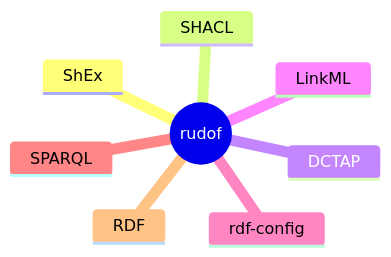
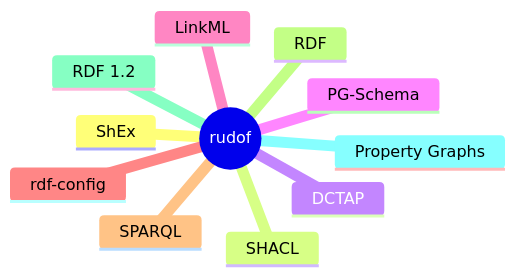
The diagram in docs/src/internals/scope.md (rudof-project/rudof), drawn with Mermaid before and after one commit. The commit also changed other lines of this file and 1 other file, not shown here.

Commit message:
Changes favicon.ico in docs

````diff
--- a/docs/src/internals/scope.md
+++ b/docs/src/internals/scope.md
@@ -3,11 +3,14 @@
 ```mermaid
 mindmap
   root((rudof))
     ShEx
     SHACL
     DCTAP
+    PG-Schema
     LinkML
     rdf-config
     SPARQL
     RDF
+    RDF 1.2
+    Property Graphs
 ```
````
